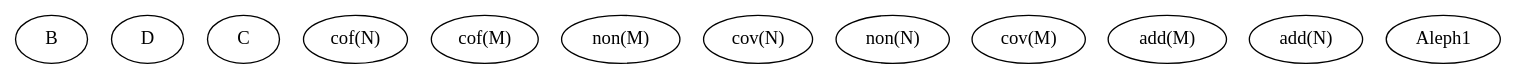
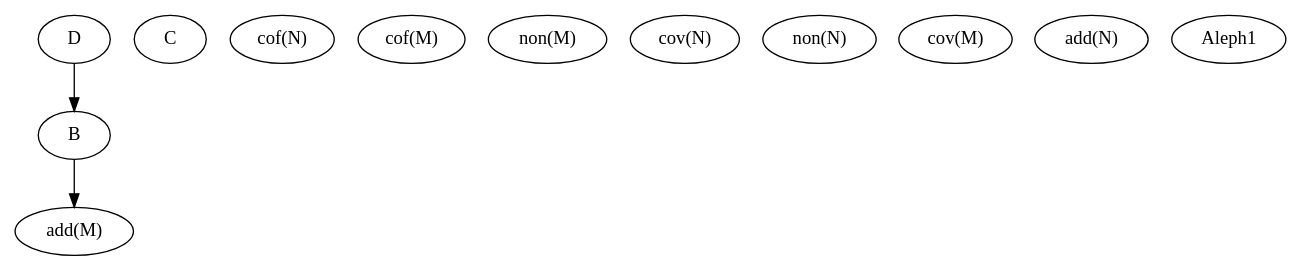
Before and after one commit to calliope1/CCview: the diagram in CCview/output/relations.dot, drawn with Graphviz. The commit also changed 7 other files, not shown here.

```diff
--- a/CCview/output/relations.dot
+++ b/CCview/output/relations.dot
@@ -1,14 +1,16 @@
 digraph G {
 0 [label="B"];
 1 [label="D"];
 2 [label="C"];
 3 [label="cof(N)"];
 4 [label="cof(M)"];
 5 [label="non(M)"];
 6 [label="cov(N)"];
 7 [label="non(N)"];
 8 [label="cov(M)"];
 9 [label="add(M)"];
 10 [label="add(N)"];
 11 [label="Aleph1"];
+0 -> 9;
+1 -> 0;
 }
```
